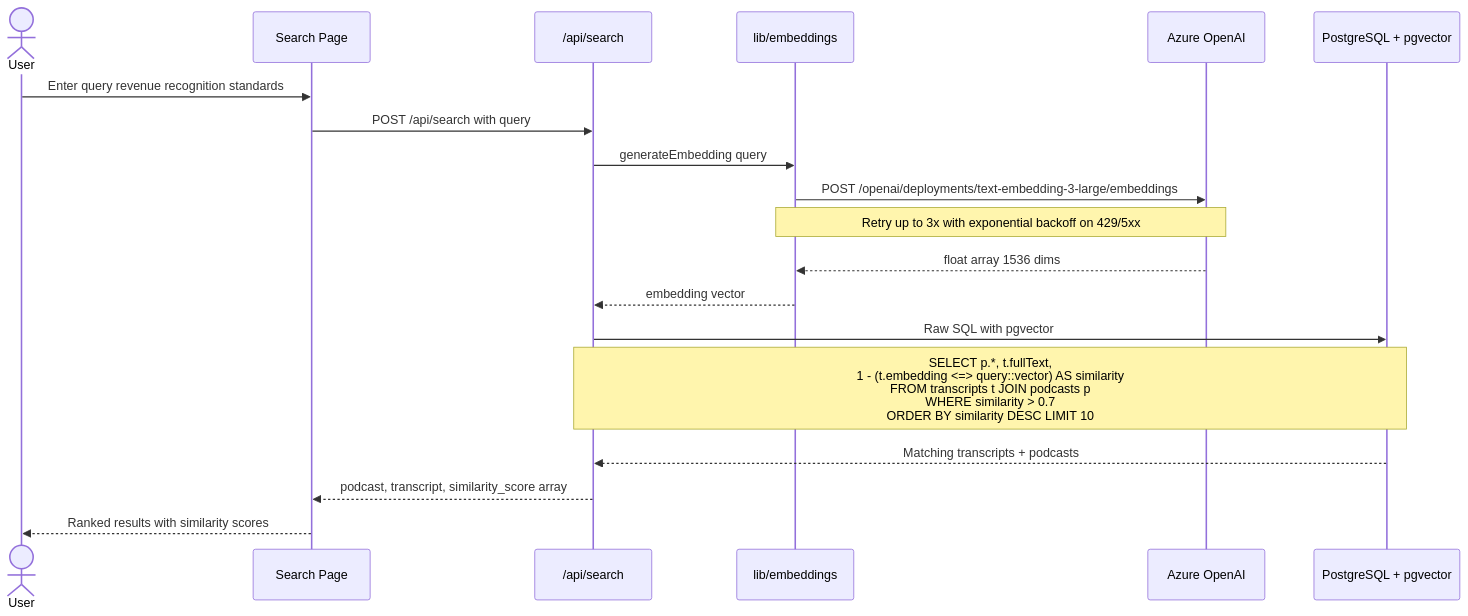
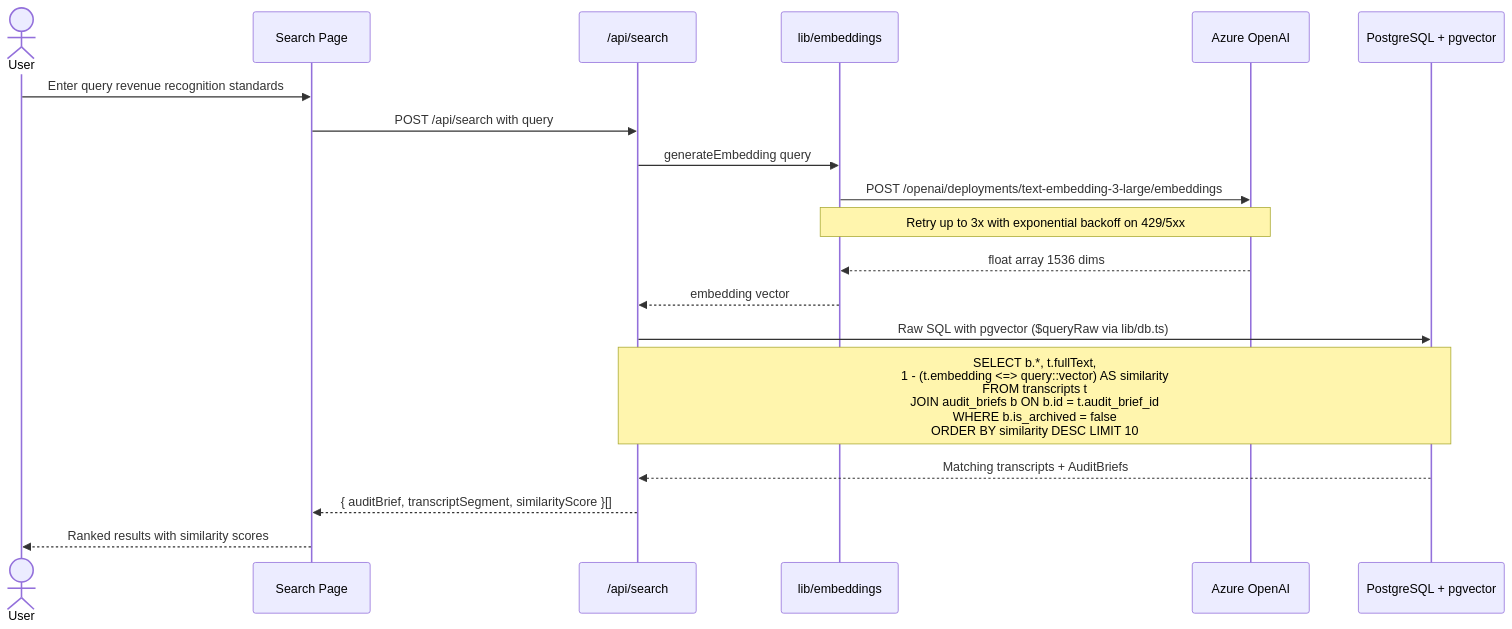
The diagram in docs/architecture/5-semantic-search.mmd (RoshanJ20/podcasthub), drawn with Mermaid before and after one commit. The commit also changed 51 other files, not shown here.

First line of the commit message:
docs: refresh top-level docs, CLAUDE/AGENTS rules, architecture diagrams, and changelog

```diff
--- a/docs/architecture/5-semantic-search.mmd
+++ b/docs/architecture/5-semantic-search.mmd
@@ -1,22 +1,22 @@
 sequenceDiagram
     actor U as User
     participant Search as Search Page
     participant API as /api/search
     participant Embed as lib/embeddings
     participant Azure as Azure OpenAI
     participant DB as PostgreSQL + pgvector
 
     U->>Search: Enter query revenue recognition standards
     Search->>API: POST /api/search with query
     API->>Embed: generateEmbedding query
     Embed->>Azure: POST /openai/deployments/text-embedding-3-large/embeddings
     Note over Embed,Azure: Retry up to 3x with exponential backoff on 429/5xx
     Azure-->>Embed: float array 1536 dims
     Embed-->>API: embedding vector
 
-    API->>DB: Raw SQL with pgvector
-    Note over API,DB: SELECT p.*, t.fullText,<br/>1 - (t.embedding <=> query::vector) AS similarity<br/>FROM transcripts t JOIN podcasts p<br/>WHERE similarity > 0.7<br/>ORDER BY similarity DESC LIMIT 10
-    DB-->>API: Matching transcripts + podcasts
+    API->>DB: Raw SQL with pgvector ($queryRaw via lib/db.ts)
+    Note over API,DB: SELECT b.*, t.fullText,<br/>1 - (t.embedding <=> query::vector) AS similarity<br/>FROM transcripts t<br/>JOIN audit_briefs b ON b.id = t.audit_brief_id<br/>WHERE b.is_archived = false<br/>ORDER BY similarity DESC LIMIT 10
+    DB-->>API: Matching transcripts + AuditBriefs
 
-    API-->>Search: podcast, transcript, similarity_score array
+    API-->>Search: { auditBrief, transcriptSegment, similarityScore }[]
     Search-->>U: Ranked results with similarity scores
```
